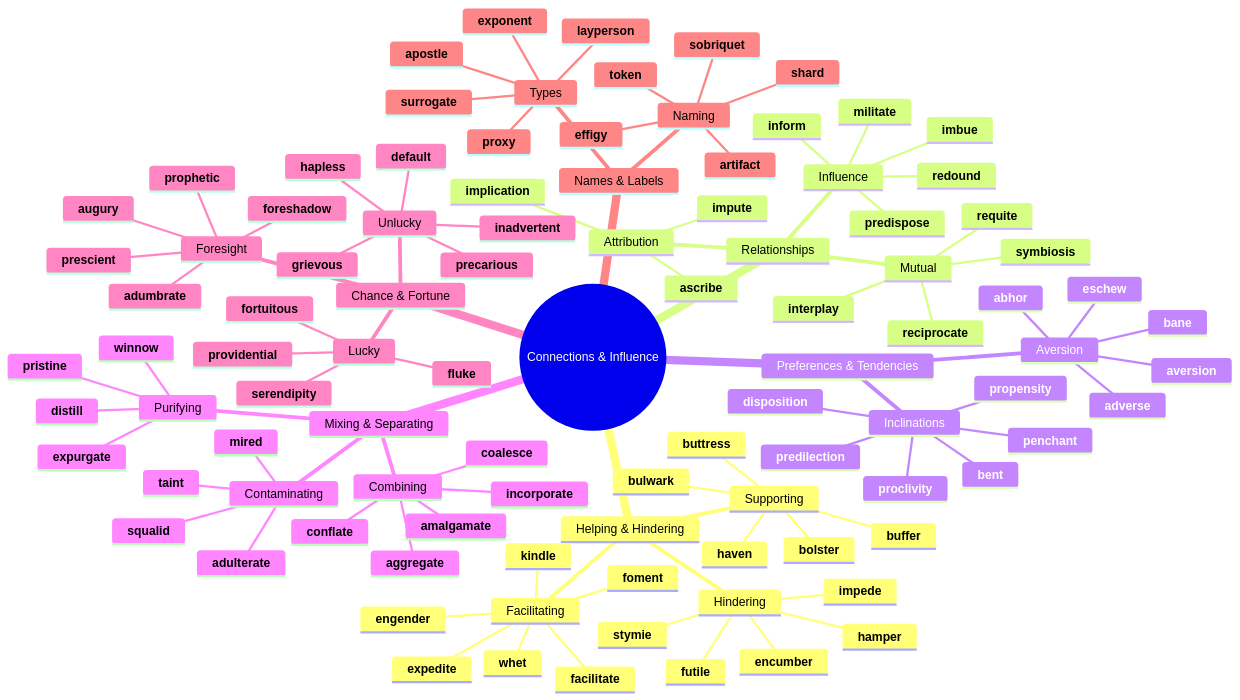
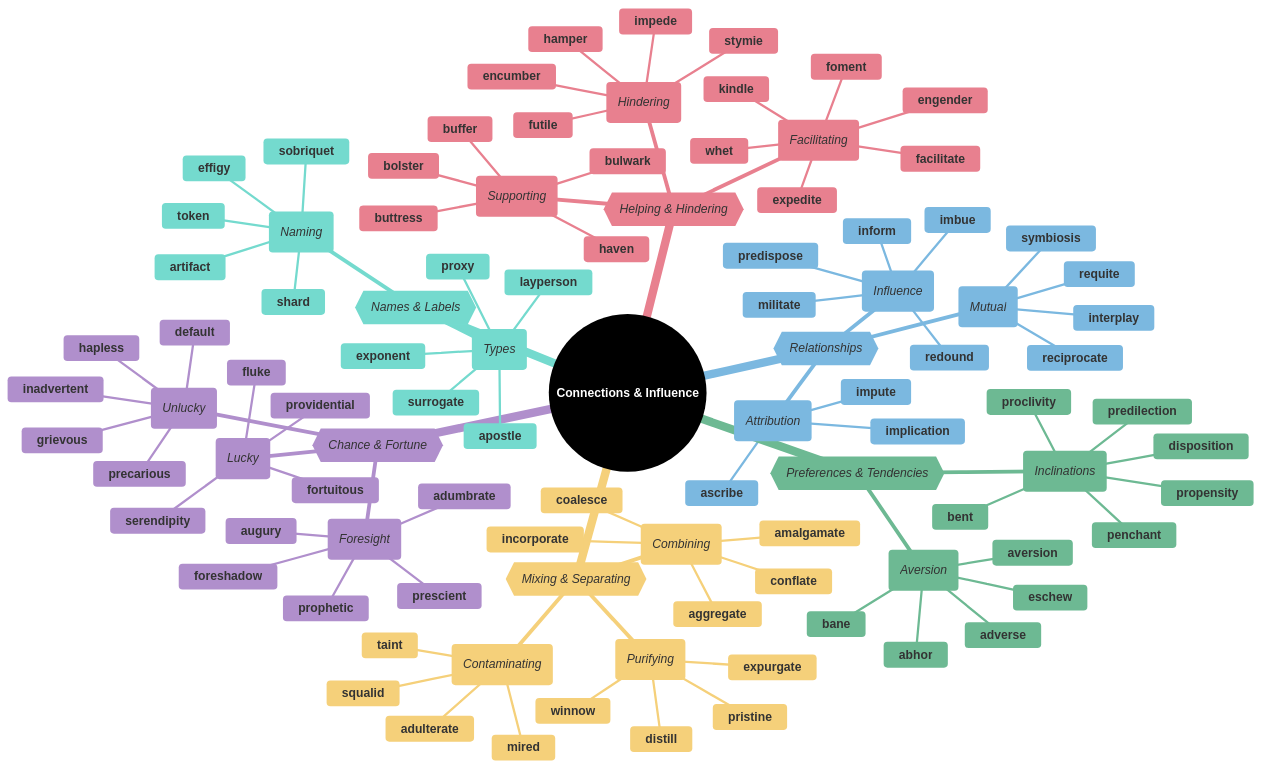
The first of 8 diagrams in mindmaps/19-connections-and-relationships.md (95anantsingh/gre-preparation), drawn with Mermaid before and after one commit. The commit also changed other lines of this file and 14 other files, not shown here.

````diff
--- a/mindmaps/19-connections-and-relationships.md
+++ b/mindmaps/19-connections-and-relationships.md
@@ -5,99 +5,118 @@
 ```mermaid
+%%{
+  init: {
+    "theme": "base",
+    "themeVariables": {
+      "primaryColor": "#000000",
+      "cScale1": "#e8808f",  "cScaleInv1": "#a33445",
+      "cScale2": "#7bb8e0",  "cScaleInv2": "#266a93",
+      "cScale3": "#6db993",  "cScaleInv3": "#23543f",
+      "cScale4": "#f5d07a",  "cScaleInv4": "#c4903b",
+      "cScale5": "#b08fcc",  "cScaleInv5": "#5d3b75",
+      "cScale6": "#74dace",  "cScaleInv6": "#217d72",
+      "cScale7": "#f09570",  "cScaleInv7": "#b84112",
+      "cScale8": "#8ea8c2",  "cScaleInv8": "#32465e",
+      "cScale9": "#cc7fba",  "cScaleInv9": "#7d2868",
+      "cScale10": "#c99a78", "cScaleInv10": "#7c4e32",
+      "cScale11": "#a3a3a3", "cScaleInv11": "#3d3d3d"
+    }
+  }
+}%%
 mindmap
-  root((Connections & Influence))
-    Helping & Hindering
-      Supporting
+  root((<font color=white>**Connections & Influence**</font>))
+    {{_Helping & Hindering_}}
+      (_Supporting_)
         **bolster**
         **buttress**
         **buffer**
         **haven**
         **bulwark**
-      Facilitating
+      (_Facilitating_)
         **facilitate**
         **expedite**
         **engender**
         **kindle**
         **whet**
         **foment**
-      Hindering
+      (_Hindering_)
         **impede**
         **stymie**
         **hamper**
         **encumber**
         **futile**
-    Relationships
-      Mutual
+    {{_Relationships_}}
+      (_Mutual_)
         **symbiosis**
         **interplay**
         **reciprocate**
         **requite**
-      Attribution
+      (_Attribution_)
         **ascribe**
         **impute**
         **implication**
-      Influence
+      (_Influence_)
         **imbue**
         **inform**
         **militate**
         **redound**
         **predispose**
-    Preferences & Tendencies
-      Inclinations
+    {{_Preferences & Tendencies_}}
+      (_Inclinations_)
         **penchant**
         **predilection**
         **proclivity**
         **propensity**
         **bent**
         **disposition**
-      Aversion
+      (_Aversion_)
         **abhor**
         **eschew**
         **aversion**
         **bane**
         **adverse**
-    Mixing & Separating
-      Combining
+    {{_Mixing & Separating_}}
+      (_Combining_)
         **amalgamate**
         **incorporate**
         **coalesce**
         **aggregate**
         **conflate**
-      Contaminating
+      (_Contaminating_)
         **adulterate**
         **taint**
         **mired**
         **squalid**
-      Purifying
+      (_Purifying_)
         **distill**
         **winnow**
         **expurgate**
         **pristine**
-    Chance & Fortune
-      Lucky
+    {{_Chance & Fortune_}}
+      (_Lucky_)
         **fortuitous**
         **providential**
         **fluke**
         **serendipity**
-      Unlucky
+      (_Unlucky_)
         **hapless**
         **precarious**
         **grievous**
         **inadvertent**
         **default**
-      Foresight
+      (_Foresight_)
         **prescient**
         **foreshadow**
         **adumbrate**
         **augury**
         **prophetic**
-    Names & Labels
-      Naming
+    {{_Names & Labels_}}
+      (_Naming_)
         **sobriquet**
         **token**
         **effigy**
         **artifact**
         **shard**
-      Types
+      (_Types_)
         **layperson**
         **proxy**
         **surrogate**
````
